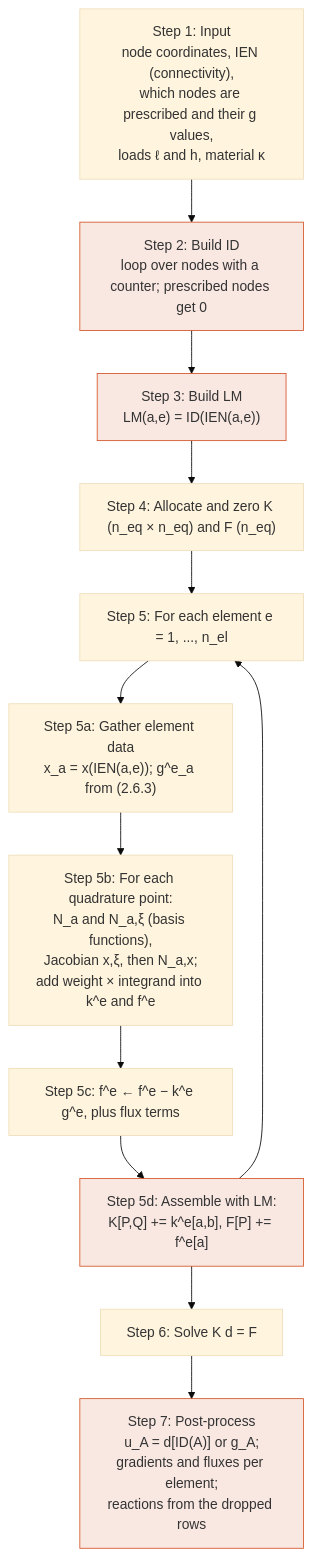
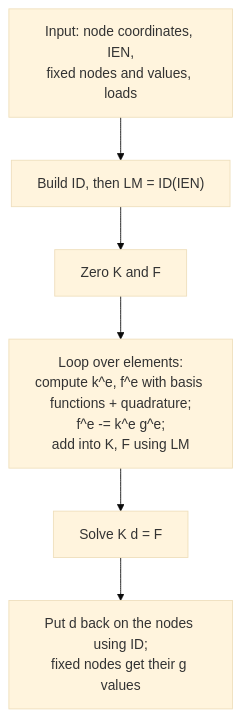
One commit to EthanLind2/FEA-Visuals changed the second of 2 diagrams in hughes-2-6-id-ien-lm.qmd. Above: the diagram before and after it, drawn with Mermaid (base theme). The commit also changed other lines of this file and 1 other file, not shown here.

First line of the commit message:
Rewrite the ID/IEN/LM study guide: shorter, purpose-first

````diff
--- a/hughes-2-6-id-ien-lm.qmd
+++ b/hughes-2-6-id-ien-lm.qmd
@@ -920,19 +568,8 @@
 ```{mermaid}
-%%| fig-cap: "The order of operations in a linear static finite element program. The orange boxes are this page; the element loop is where the basis-function and quadrature machinery lives."
 flowchart TD
-  A["Step 1: Input<br>node coordinates, IEN (connectivity),<br>which nodes are prescribed and their g values,<br>loads ℓ and h, material κ"] --> B["Step 2: Build ID<br>loop over nodes with a counter; prescribed nodes get 0"]
-  B --> C["Step 3: Build LM<br>LM(a,e) = ID(IEN(a,e))"]
-  C --> D["Step 4: Allocate and zero K (n_eq × n_eq) and F (n_eq)"]
-  D --> E["Step 5: For each element e = 1, ..., n_el"]
-  E --> E1["Step 5a: Gather element data<br>x_a = x(IEN(a,e)); g^e_a from (2.6.3)"]
-  E1 --> E2["Step 5b: For each quadrature point:<br>N_a and N_a,ξ (basis functions),<br>Jacobian x,ξ, then N_a,x;<br>add weight × integrand into k^e and f^e"]
-  E2 --> E3["Step 5c: f^e ← f^e − k^e g^e, plus flux terms"]
-  E3 --> E4["Step 5d: Assemble with LM:<br>K[P,Q] += k^e[a,b], F[P] += f^e[a]"]
-  E4 --> E
-  E4 --> G["Step 6: Solve K d = F"]
-  G --> H["Step 7: Post-process<br>u_A = d[ID(A)] or g_A;<br>gradients and fluxes per element;<br>reactions from the dropped rows"]
-  style B fill:#d4572a22,stroke:#d4572a
-  style C fill:#d4572a22,stroke:#d4572a
-  style E4 fill:#d4572a22,stroke:#d4572a
-  style H fill:#d4572a22,stroke:#d4572a
+  A["Input: node coordinates, IEN,<br>fixed nodes and values, loads"] --> B["Build ID, then LM = ID(IEN)"]
+  B --> C["Zero K and F"]
+  C --> D["Loop over elements:<br>compute k^e, f^e with basis functions + quadrature;<br>f^e -= k^e g^e;<br>add into K, F using LM"]
+  D --> E["Solve K d = F"]
+  E --> F["Put d back on the nodes using ID;<br>fixed nodes get their g values"]
 ```
````
